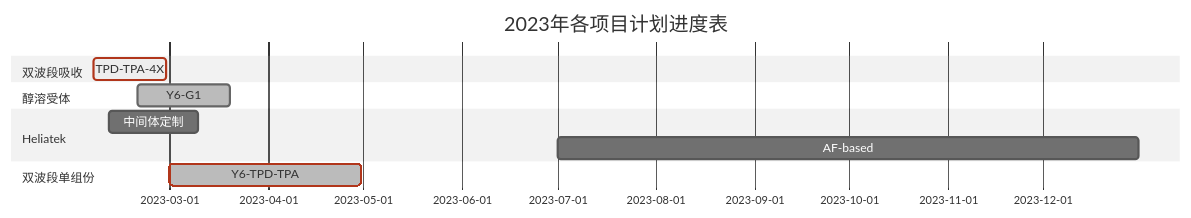
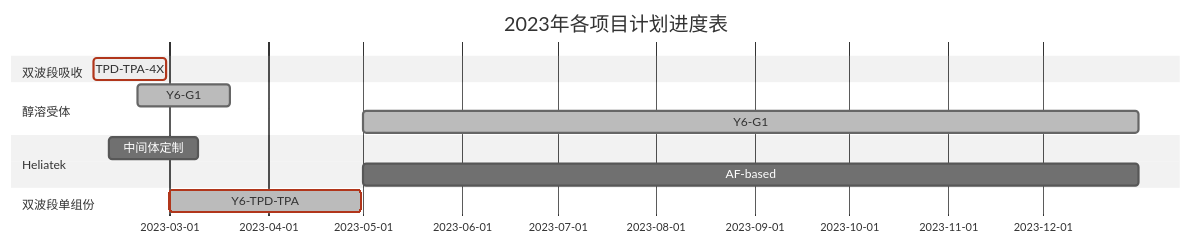
One commit to qiao-ze/qiao-ze.github.io changed the second of 2 diagrams in blog/category1/gantt_weekly.md. Above: the diagram before and after it, drawn with Mermaid (neutral theme).

````diff
--- a/blog/category1/gantt_weekly.md
+++ b/blog/category1/gantt_weekly.md
@@ -50,18 +50,19 @@
 ```mermaid
  gantt
      dateFormat  YY-MM-DD
      title 2023年各项目计划进度表
      section 双波段吸收
      TPD-TPA-4X            :crit, active,   des1, 23-02-05,23-02-28
 
      section 醇溶受体
      Y6-G1            :done,    des1, 23-02-19,23-03-20
+     Y6-G1            :done,    des1, 23-05-01,23-12-31
 
      section Heliatek
      中间体定制            :    des1, 23-02-10,23-03-10
-     AF-based             :    des2, 23-07-01,23-12-31
+     AF-based             :    des2, 23-05-01,23-12-31
   
      section 双波段单组份
      Y6-TPD-TPA            :crit,done,    des1, 23-03-01,23-04-30
     
 ```
````
